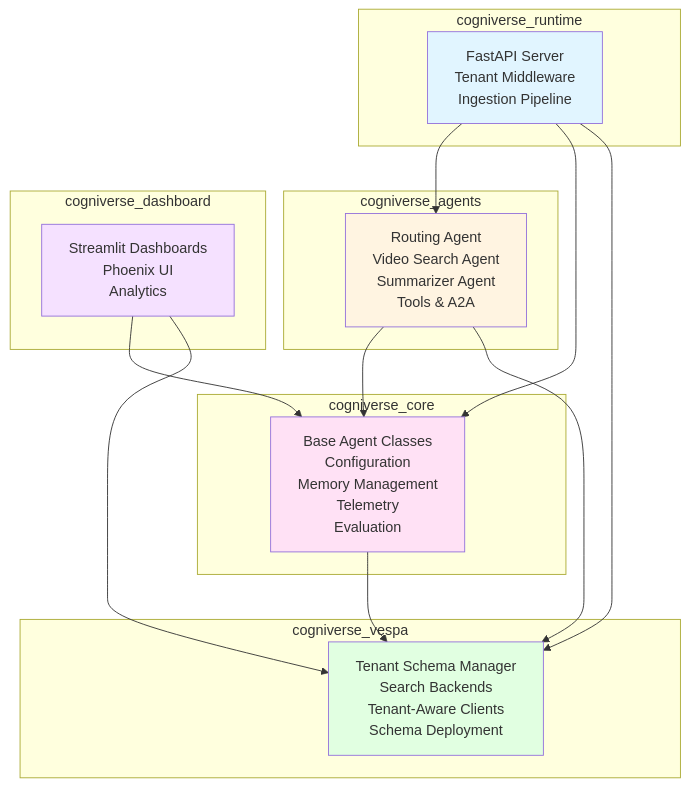
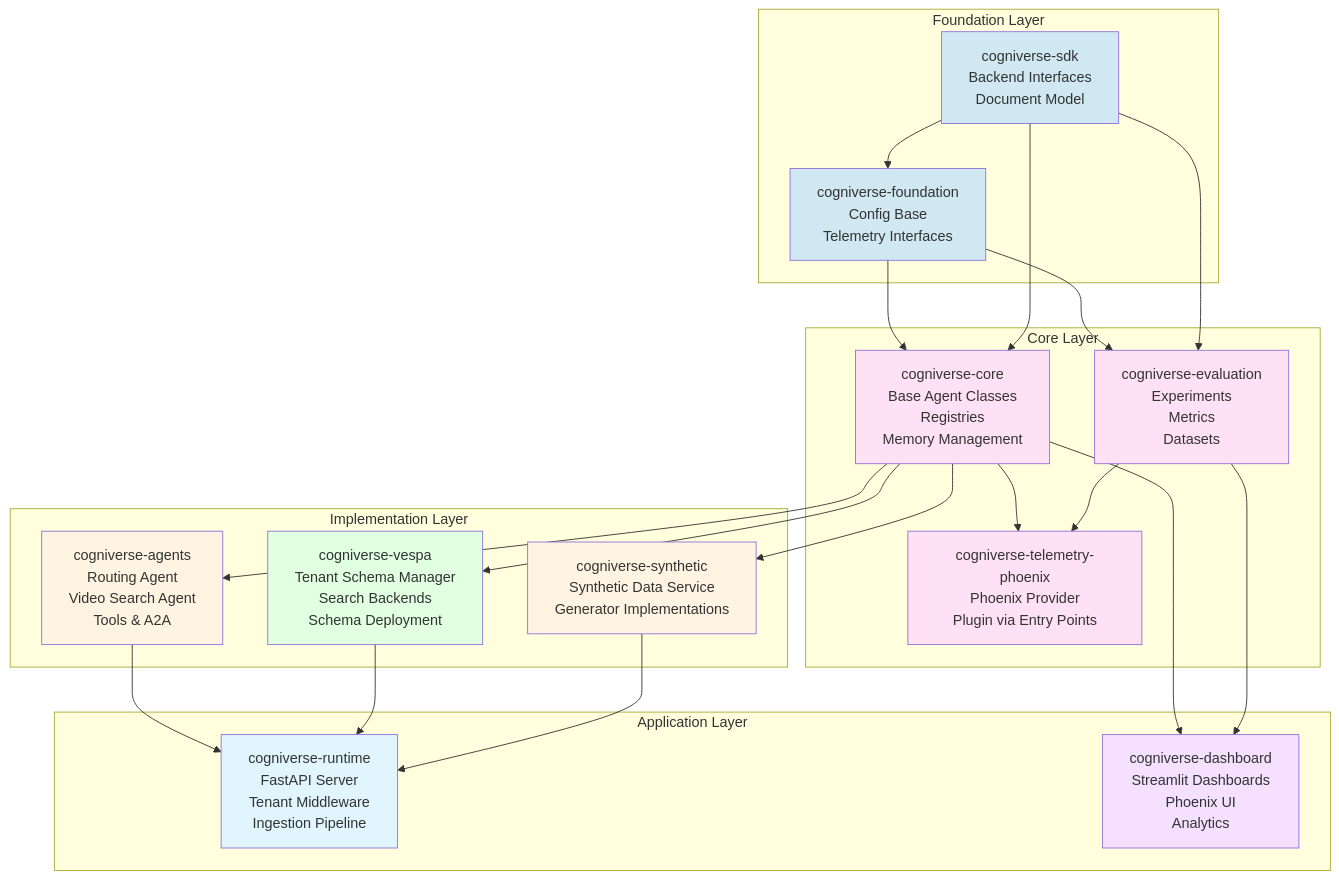
Before and after one commit to amit-jain/cogniverse: the first of 7 diagrams in docs/architecture/overview.md, drawn with Mermaid. The commit also changed other lines of this file and 13 other files, not shown here.

First line of the commit message:
Update all documentation to reflect 10-package architecture

````diff
--- a/docs/architecture/overview.md
+++ b/docs/architecture/overview.md
@@ -121,40 +149,55 @@
 ```mermaid
 graph TB
-    subgraph "cogniverse_runtime"
-        Runtime[FastAPI Server<br/>Tenant Middleware<br/>Ingestion Pipeline]
+    subgraph "Foundation Layer"
+        SDK[cogniverse-sdk<br/>Backend Interfaces<br/>Document Model]
+        Foundation[cogniverse-foundation<br/>Config Base<br/>Telemetry Interfaces]
     end
 
-    subgraph "cogniverse_agents"
-        Agents[Routing Agent<br/>Video Search Agent<br/>Summarizer Agent<br/>Tools & A2A]
+    subgraph "Core Layer"
+        Core[cogniverse-core<br/>Base Agent Classes<br/>Registries<br/>Memory Management]
+        Evaluation[cogniverse-evaluation<br/>Experiments<br/>Metrics<br/>Datasets]
+        TelemetryPhoenix[cogniverse-telemetry-phoenix<br/>Phoenix Provider<br/>Plugin via Entry Points]
     end
 
-    subgraph "cogniverse_core"
-        Core[Base Agent Classes<br/>Configuration<br/>Memory Management<br/>Telemetry<br/>Evaluation]
+    subgraph "Implementation Layer"
+        Agents[cogniverse-agents<br/>Routing Agent<br/>Video Search Agent<br/>Tools & A2A]
+        Vespa[cogniverse-vespa<br/>Tenant Schema Manager<br/>Search Backends<br/>Schema Deployment]
+        Synthetic[cogniverse-synthetic<br/>Synthetic Data Service<br/>Generator Implementations]
     end
 
-    subgraph "cogniverse_vespa"
-        Vespa[Tenant Schema Manager<br/>Search Backends<br/>Tenant-Aware Clients<br/>Schema Deployment]
+    subgraph "Application Layer"
+        Runtime[cogniverse-runtime<br/>FastAPI Server<br/>Tenant Middleware<br/>Ingestion Pipeline]
+        Dashboard[cogniverse-dashboard<br/>Streamlit Dashboards<br/>Phoenix UI<br/>Analytics]
     end
 
-    subgraph "cogniverse_dashboard"
-        Dashboard[Streamlit Dashboards<br/>Phoenix UI<br/>Analytics]
-    end
+    SDK --> Foundation
+    Foundation --> Core
+    Foundation --> Evaluation
+    SDK --> Evaluation
+    SDK --> Core
 
-    Runtime --> Agents
-    Runtime --> Core
-    Runtime --> Vespa
+    Core --> TelemetryPhoenix
+    Evaluation --> TelemetryPhoenix
 
-    Agents --> Core
-    Agents --> Vespa
+    Core --> Agents
+    Core --> Vespa
+    Core --> Synthetic
 
-    Dashboard --> Core
-    Dashboard --> Vespa
+    Agents --> Runtime
+    Vespa --> Runtime
+    Synthetic --> Runtime
 
-    Core --> Vespa
+    Core --> Dashboard
+    Evaluation --> Dashboard
 
+    style SDK fill:#d0e8f2
+    style Foundation fill:#d0e8f2
+    style Core fill:#ffe1f5
+    style Evaluation fill:#ffe1f5
+    style TelemetryPhoenix fill:#ffe1f5
+    style Agents fill:#fff4e1
+    style Vespa fill:#e1ffe1
+    style Synthetic fill:#fff4e1
     style Runtime fill:#e1f5ff
-    style Agents fill:#fff4e1
-    style Core fill:#ffe1f5
-    style Vespa fill:#e1ffe1
     style Dashboard fill:#f5e1ff
 ```
````
